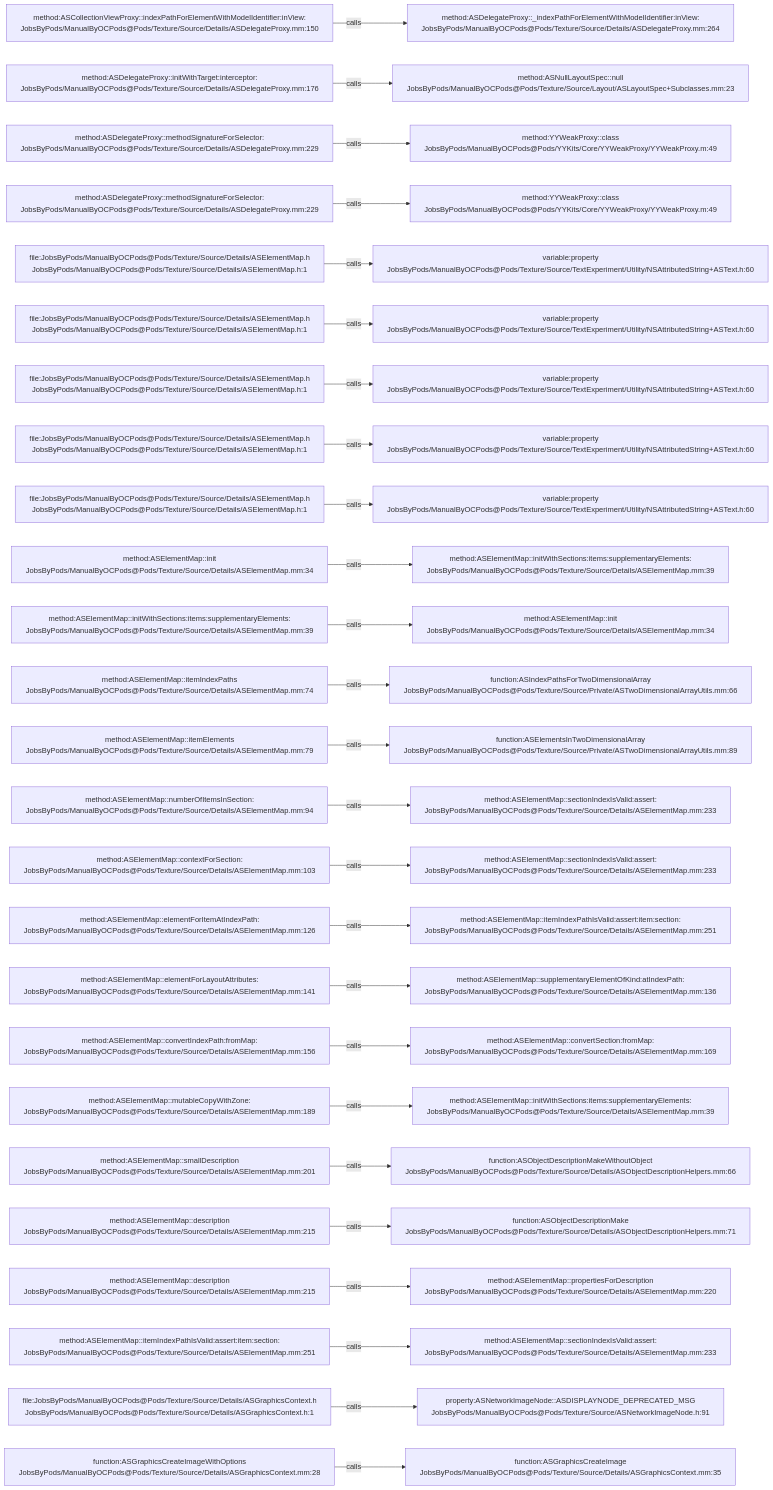
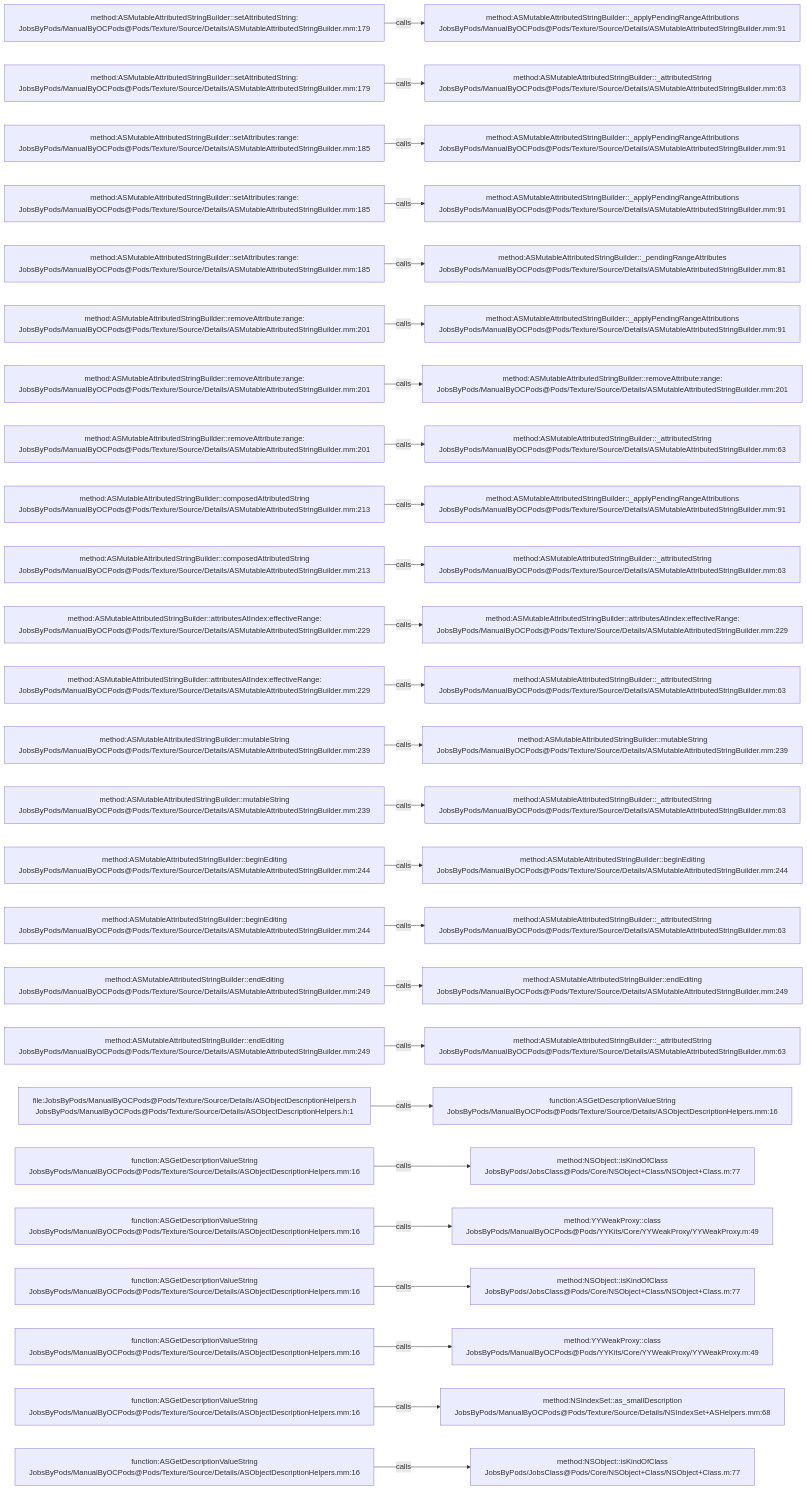
One commit to JobsKits/JobsOCBaseConfigDemo changed the diagram in .codegraph/codegraph.md/graphs/calls-158.md. Above: the diagram before and after it, drawn with Mermaid. The commit also changed 1353 other files, not shown here.

````diff
--- a/.codegraph/codegraph.md/graphs/calls-158.md
+++ b/.codegraph/codegraph.md/graphs/calls-158.md
@@ -13,78 +13,78 @@
 ```mermaid
 flowchart LR
-  S1["method:ASCollectionViewProxy::indexPathForElementWithModelIdentifier:inView:<br/>JobsByPods/ManualByOCPods@Pods/Texture/Source/Details/ASDelegateProxy.mm:150"]
-  T1["method:ASDelegateProxy::_indexPathForElementWithModelIdentifier:inView:<br/>JobsByPods/ManualByOCPods@Pods/Texture/Source/Details/ASDelegateProxy.mm:264"]
+  S1["method:ASMutableAttributedStringBuilder::setAttributedString:<br/>JobsByPods/ManualByOCPods@Pods/Texture/Source/Details/ASMutableAttributedStringBuilder.mm:179"]
+  T1["method:ASMutableAttributedStringBuilder::_applyPendingRangeAttributions<br/>JobsByPods/ManualByOCPods@Pods/Texture/Source/Details/ASMutableAttributedStringBuilder.mm:91"]
   S1 -->|calls| T1
-  S2["method:ASDelegateProxy::initWithTarget:interceptor:<br/>JobsByPods/ManualByOCPods@Pods/Texture/Source/Details/ASDelegateProxy.mm:176"]
-  T2["method:ASNullLayoutSpec::null<br/>JobsByPods/ManualByOCPods@Pods/Texture/Source/Layout/ASLayoutSpec+Subclasses.mm:23"]
+  S2["method:ASMutableAttributedStringBuilder::setAttributedString:<br/>JobsByPods/ManualByOCPods@Pods/Texture/Source/Details/ASMutableAttributedStringBuilder.mm:179"]
+  T2["method:ASMutableAttributedStringBuilder::_attributedString<br/>JobsByPods/ManualByOCPods@Pods/Texture/Source/Details/ASMutableAttributedStringBuilder.mm:63"]
   S2 -->|calls| T2
-  S3["method:ASDelegateProxy::methodSignatureForSelector:<br/>JobsByPods/ManualByOCPods@Pods/Texture/Source/Details/ASDelegateProxy.mm:229"]
-  T3["method:YYWeakProxy::class<br/>JobsByPods/ManualByOCPods@Pods/YYKits/Core/YYWeakProxy/YYWeakProxy.m:49"]
+  S3["method:ASMutableAttributedStringBuilder::setAttributes:range:<br/>JobsByPods/ManualByOCPods@Pods/Texture/Source/Details/ASMutableAttributedStringBuilder.mm:185"]
+  T3["method:ASMutableAttributedStringBuilder::_applyPendingRangeAttributions<br/>JobsByPods/ManualByOCPods@Pods/Texture/Source/Details/ASMutableAttributedStringBuilder.mm:91"]
   S3 -->|calls| T3
-  S4["method:ASDelegateProxy::methodSignatureForSelector:<br/>JobsByPods/ManualByOCPods@Pods/Texture/Source/Details/ASDelegateProxy.mm:229"]
-  T4["method:YYWeakProxy::class<br/>JobsByPods/ManualByOCPods@Pods/YYKits/Core/YYWeakProxy/YYWeakProxy.m:49"]
+  S4["method:ASMutableAttributedStringBuilder::setAttributes:range:<br/>JobsByPods/ManualByOCPods@Pods/Texture/Source/Details/ASMutableAttributedStringBuilder.mm:185"]
+  T4["method:ASMutableAttributedStringBuilder::_applyPendingRangeAttributions<br/>JobsByPods/ManualByOCPods@Pods/Texture/Source/Details/ASMutableAttributedStringBuilder.mm:91"]
   S4 -->|calls| T4
-  S5["file:JobsByPods/ManualByOCPods@Pods/Texture/Source/Details/ASElementMap.h<br/>JobsByPods/ManualByOCPods@Pods/Texture/Source/Details/ASElementMap.h:1"]
-  T5["variable:property<br/>JobsByPods/ManualByOCPods@Pods/Texture/Source/TextExperiment/Utility/NSAttributedString+ASText.h:60"]
+  S5["method:ASMutableAttributedStringBuilder::setAttributes:range:<br/>JobsByPods/ManualByOCPods@Pods/Texture/Source/Details/ASMutableAttributedStringBuilder.mm:185"]
+  T5["method:ASMutableAttributedStringBuilder::_pendingRangeAttributes<br/>JobsByPods/ManualByOCPods@Pods/Texture/Source/Details/ASMutableAttributedStringBuilder.mm:81"]
   S5 -->|calls| T5
-  S6["file:JobsByPods/ManualByOCPods@Pods/Texture/Source/Details/ASElementMap.h<br/>JobsByPods/ManualByOCPods@Pods/Texture/Source/Details/ASElementMap.h:1"]
-  T6["variable:property<br/>JobsByPods/ManualByOCPods@Pods/Texture/Source/TextExperiment/Utility/NSAttributedString+ASText.h:60"]
+  S6["method:ASMutableAttributedStringBuilder::removeAttribute:range:<br/>JobsByPods/ManualByOCPods@Pods/Texture/Source/Details/ASMutableAttributedStringBuilder.mm:201"]
+  T6["method:ASMutableAttributedStringBuilder::_applyPendingRangeAttributions<br/>JobsByPods/ManualByOCPods@Pods/Texture/Source/Details/ASMutableAttributedStringBuilder.mm:91"]
   S6 -->|calls| T6
-  S7["file:JobsByPods/ManualByOCPods@Pods/Texture/Source/Details/ASElementMap.h<br/>JobsByPods/ManualByOCPods@Pods/Texture/Source/Details/ASElementMap.h:1"]
-  T7["variable:property<br/>JobsByPods/ManualByOCPods@Pods/Texture/Source/TextExperiment/Utility/NSAttributedString+ASText.h:60"]
+  S7["method:ASMutableAttributedStringBuilder::removeAttribute:range:<br/>JobsByPods/ManualByOCPods@Pods/Texture/Source/Details/ASMutableAttributedStringBuilder.mm:201"]
+  T7["method:ASMutableAttributedStringBuilder::removeAttribute:range:<br/>JobsByPods/ManualByOCPods@Pods/Texture/Source/Details/ASMutableAttributedStringBuilder.mm:201"]
   S7 -->|calls| T7
-  S8["file:JobsByPods/ManualByOCPods@Pods/Texture/Source/Details/ASElementMap.h<br/>JobsByPods/ManualByOCPods@Pods/Texture/Source/Details/ASElementMap.h:1"]
-  T8["variable:property<br/>JobsByPods/ManualByOCPods@Pods/Texture/Source/TextExperiment/Utility/NSAttributedString+ASText.h:60"]
+  S8["method:ASMutableAttributedStringBuilder::removeAttribute:range:<br/>JobsByPods/ManualByOCPods@Pods/Texture/Source/Details/ASMutableAttributedStringBuilder.mm:201"]
+  T8["method:ASMutableAttributedStringBuilder::_attributedString<br/>JobsByPods/ManualByOCPods@Pods/Texture/Source/Details/ASMutableAttributedStringBuilder.mm:63"]
   S8 -->|calls| T8
-  S9["file:JobsByPods/ManualByOCPods@Pods/Texture/Source/Details/ASElementMap.h<br/>JobsByPods/ManualByOCPods@Pods/Texture/Source/Details/ASElementMap.h:1"]
-  T9["variable:property<br/>JobsByPods/ManualByOCPods@Pods/Texture/Source/TextExperiment/Utility/NSAttributedString+ASText.h:60"]
+  S9["method:ASMutableAttributedStringBuilder::composedAttributedString<br/>JobsByPods/ManualByOCPods@Pods/Texture/Source/Details/ASMutableAttributedStringBuilder.mm:213"]
+  T9["method:ASMutableAttributedStringBuilder::_applyPendingRangeAttributions<br/>JobsByPods/ManualByOCPods@Pods/Texture/Source/Details/ASMutableAttributedStringBuilder.mm:91"]
   S9 -->|calls| T9
-  S10["method:ASElementMap::init<br/>JobsByPods/ManualByOCPods@Pods/Texture/Source/Details/ASElementMap.mm:34"]
-  T10["method:ASElementMap::initWithSections:items:supplementaryElements:<br/>JobsByPods/ManualByOCPods@Pods/Texture/Source/Details/ASElementMap.mm:39"]
+  S10["method:ASMutableAttributedStringBuilder::composedAttributedString<br/>JobsByPods/ManualByOCPods@Pods/Texture/Source/Details/ASMutableAttributedStringBuilder.mm:213"]
+  T10["method:ASMutableAttributedStringBuilder::_attributedString<br/>JobsByPods/ManualByOCPods@Pods/Texture/Source/Details/ASMutableAttributedStringBuilder.mm:63"]
   S10 -->|calls| T10
-  S11["method:ASElementMap::initWithSections:items:supplementaryElements:<br/>JobsByPods/ManualByOCPods@Pods/Texture/Source/Details/ASElementMap.mm:39"]
-  T11["method:ASElementMap::init<br/>JobsByPods/ManualByOCPods@Pods/Texture/Source/Details/ASElementMap.mm:34"]
+  S11["method:ASMutableAttributedStringBuilder::attributesAtIndex:effectiveRange:<br/>JobsByPods/ManualByOCPods@Pods/Texture/Source/Details/ASMutableAttributedStringBuilder.mm:229"]
+  T11["method:ASMutableAttributedStringBuilder::attributesAtIndex:effectiveRange:<br/>JobsByPods/ManualByOCPods@Pods/Texture/Source/Details/ASMutableAttributedStringBuilder.mm:229"]
   S11 -->|calls| T11
-  S12["method:ASElementMap::itemIndexPaths<br/>JobsByPods/ManualByOCPods@Pods/Texture/Source/Details/ASElementMap.mm:74"]
-  T12["function:ASIndexPathsForTwoDimensionalArray<br/>JobsByPods/ManualByOCPods@Pods/Texture/Source/Private/ASTwoDimensionalArrayUtils.mm:66"]
+  S12["method:ASMutableAttributedStringBuilder::attributesAtIndex:effectiveRange:<br/>JobsByPods/ManualByOCPods@Pods/Texture/Source/Details/ASMutableAttributedStringBuilder.mm:229"]
+  T12["method:ASMutableAttributedStringBuilder::_attributedString<br/>JobsByPods/ManualByOCPods@Pods/Texture/Source/Details/ASMutableAttributedStringBuilder.mm:63"]
   S12 -->|calls| T12
-  S13["method:ASElementMap::itemElements<br/>JobsByPods/ManualByOCPods@Pods/Texture/Source/Details/ASElementMap.mm:79"]
-  T13["function:ASElementsInTwoDimensionalArray<br/>JobsByPods/ManualByOCPods@Pods/Texture/Source/Private/ASTwoDimensionalArrayUtils.mm:89"]
+  S13["method:ASMutableAttributedStringBuilder::mutableString<br/>JobsByPods/ManualByOCPods@Pods/Texture/Source/Details/ASMutableAttributedStringBuilder.mm:239"]
+  T13["method:ASMutableAttributedStringBuilder::mutableString<br/>JobsByPods/ManualByOCPods@Pods/Texture/Source/Details/ASMutableAttributedStringBuilder.mm:239"]
   S13 -->|calls| T13
-  S14["method:ASElementMap::numberOfItemsInSection:<br/>JobsByPods/ManualByOCPods@Pods/Texture/Source/Details/ASElementMap.mm:94"]
-  T14["method:ASElementMap::sectionIndexIsValid:assert:<br/>JobsByPods/ManualByOCPods@Pods/Texture/Source/Details/ASElementMap.mm:233"]
+  S14["method:ASMutableAttributedStringBuilder::mutableString<br/>JobsByPods/ManualByOCPods@Pods/Texture/Source/Details/ASMutableAttributedStringBuilder.mm:239"]
+  T14["method:ASMutableAttributedStringBuilder::_attributedString<br/>JobsByPods/ManualByOCPods@Pods/Texture/Source/Details/ASMutableAttributedStringBuilder.mm:63"]
   S14 -->|calls| T14
-  S15["method:ASElementMap::contextForSection:<br/>JobsByPods/ManualByOCPods@Pods/Texture/Source/Details/ASElementMap.mm:103"]
-  T15["method:ASElementMap::sectionIndexIsValid:assert:<br/>JobsByPods/ManualByOCPods@Pods/Texture/Source/Details/ASElementMap.mm:233"]
+  S15["method:ASMutableAttributedStringBuilder::beginEditing<br/>JobsByPods/ManualByOCPods@Pods/Texture/Source/Details/ASMutableAttributedStringBuilder.mm:244"]
+  T15["method:ASMutableAttributedStringBuilder::beginEditing<br/>JobsByPods/ManualByOCPods@Pods/Texture/Source/Details/ASMutableAttributedStringBuilder.mm:244"]
   S15 -->|calls| T15
-  S16["method:ASElementMap::elementForItemAtIndexPath:<br/>JobsByPods/ManualByOCPods@Pods/Texture/Source/Details/ASElementMap.mm:126"]
-  T16["method:ASElementMap::itemIndexPathIsValid:assert:item:section:<br/>JobsByPods/ManualByOCPods@Pods/Texture/Source/Details/ASElementMap.mm:251"]
+  S16["method:ASMutableAttributedStringBuilder::beginEditing<br/>JobsByPods/ManualByOCPods@Pods/Texture/Source/Details/ASMutableAttributedStringBuilder.mm:244"]
+  T16["method:ASMutableAttributedStringBuilder::_attributedString<br/>JobsByPods/ManualByOCPods@Pods/Texture/Source/Details/ASMutableAttributedStringBuilder.mm:63"]
   S16 -->|calls| T16
-  S17["method:ASElementMap::elementForLayoutAttributes:<br/>JobsByPods/ManualByOCPods@Pods/Texture/Source/Details/ASElementMap.mm:141"]
-  T17["method:ASElementMap::supplementaryElementOfKind:atIndexPath:<br/>JobsByPods/ManualByOCPods@Pods/Texture/Source/Details/ASElementMap.mm:136"]
+  S17["method:ASMutableAttributedStringBuilder::endEditing<br/>JobsByPods/ManualByOCPods@Pods/Texture/Source/Details/ASMutableAttributedStringBuilder.mm:249"]
+  T17["method:ASMutableAttributedStringBuilder::endEditing<br/>JobsByPods/ManualByOCPods@Pods/Texture/Source/Details/ASMutableAttributedStringBuilder.mm:249"]
   S17 -->|calls| T17
-  S18["method:ASElementMap::convertIndexPath:fromMap:<br/>JobsByPods/ManualByOCPods@Pods/Texture/Source/Details/ASElementMap.mm:156"]
-  T18["method:ASElementMap::convertSection:fromMap:<br/>JobsByPods/ManualByOCPods@Pods/Texture/Source/Details/ASElementMap.mm:169"]
+  S18["method:ASMutableAttributedStringBuilder::endEditing<br/>JobsByPods/ManualByOCPods@Pods/Texture/Source/Details/ASMutableAttributedStringBuilder.mm:249"]
+  T18["method:ASMutableAttributedStringBuilder::_attributedString<br/>JobsByPods/ManualByOCPods@Pods/Texture/Source/Details/ASMutableAttributedStringBuilder.mm:63"]
   S18 -->|calls| T18
-  S19["method:ASElementMap::mutableCopyWithZone:<br/>JobsByPods/ManualByOCPods@Pods/Texture/Source/Details/ASElementMap.mm:189"]
-  T19["method:ASElementMap::initWithSections:items:supplementaryElements:<br/>JobsByPods/ManualByOCPods@Pods/Texture/Source/Details/ASElementMap.mm:39"]
+  S19["file:JobsByPods/ManualByOCPods@Pods/Texture/Source/Details/ASObjectDescriptionHelpers.h<br/>JobsByPods/ManualByOCPods@Pods/Texture/Source/Details/ASObjectDescriptionHelpers.h:1"]
+  T19["function:ASGetDescriptionValueString<br/>JobsByPods/ManualByOCPods@Pods/Texture/Source/Details/ASObjectDescriptionHelpers.mm:16"]
   S19 -->|calls| T19
-  S20["method:ASElementMap::smallDescription<br/>JobsByPods/ManualByOCPods@Pods/Texture/Source/Details/ASElementMap.mm:201"]
-  T20["function:ASObjectDescriptionMakeWithoutObject<br/>JobsByPods/ManualByOCPods@Pods/Texture/Source/Details/ASObjectDescriptionHelpers.mm:66"]
+  S20["function:ASGetDescriptionValueString<br/>JobsByPods/ManualByOCPods@Pods/Texture/Source/Details/ASObjectDescriptionHelpers.mm:16"]
+  T20["method:NSObject::isKindOfClass<br/>JobsByPods/JobsClass@Pods/Core/NSObject+Class/NSObject+Class.m:77"]
   S20 -->|calls| T20
-  S21["method:ASElementMap::description<br/>JobsByPods/ManualByOCPods@Pods/Texture/Source/Details/ASElementMap.mm:215"]
-  T21["function:ASObjectDescriptionMake<br/>JobsByPods/ManualByOCPods@Pods/Texture/Source/Details/ASObjectDescriptionHelpers.mm:71"]
+  S21["function:ASGetDescriptionValueString<br/>JobsByPods/ManualByOCPods@Pods/Texture/Source/Details/ASObjectDescriptionHelpers.mm:16"]
+  T21["method:YYWeakProxy::class<br/>JobsByPods/ManualByOCPods@Pods/YYKits/Core/YYWeakProxy/YYWeakProxy.m:49"]
   S21 -->|calls| T21
-  S22["method:ASElementMap::description<br/>JobsByPods/ManualByOCPods@Pods/Texture/Source/Details/ASElementMap.mm:215"]
-  T22["method:ASElementMap::propertiesForDescription<br/>JobsByPods/ManualByOCPods@Pods/Texture/Source/Details/ASElementMap.mm:220"]
+  S22["function:ASGetDescriptionValueString<br/>JobsByPods/ManualByOCPods@Pods/Texture/Source/Details/ASObjectDescriptionHelpers.mm:16"]
+  T22["method:NSObject::isKindOfClass<br/>JobsByPods/JobsClass@Pods/Core/NSObject+Class/NSObject+Class.m:77"]
   S22 -->|calls| T22
-  S23["method:ASElementMap::itemIndexPathIsValid:assert:item:section:<br/>JobsByPods/ManualByOCPods@Pods/Texture/Source/Details/ASElementMap.mm:251"]
-  T23["method:ASElementMap::sectionIndexIsValid:assert:<br/>JobsByPods/ManualByOCPods@Pods/Texture/Source/Details/ASElementMap.mm:233"]
+  S23["function:ASGetDescriptionValueString<br/>JobsByPods/ManualByOCPods@Pods/Texture/Source/Details/ASObjectDescriptionHelpers.mm:16"]
+  T23["method:YYWeakProxy::class<br/>JobsByPods/ManualByOCPods@Pods/YYKits/Core/YYWeakProxy/YYWeakProxy.m:49"]
   S23 -->|calls| T23
-  S24["file:JobsByPods/ManualByOCPods@Pods/Texture/Source/Details/ASGraphicsContext.h<br/>JobsByPods/ManualByOCPods@Pods/Texture/Source/Details/ASGraphicsContext.h:1"]
-  T24["property:ASNetworkImageNode::ASDISPLAYNODE_DEPRECATED_MSG<br/>JobsByPods/ManualByOCPods@Pods/Texture/Source/ASNetworkImageNode.h:91"]
+  S24["function:ASGetDescriptionValueString<br/>JobsByPods/ManualByOCPods@Pods/Texture/Source/Details/ASObjectDescriptionHelpers.mm:16"]
+  T24["method:NSIndexSet::as_smallDescription<br/>JobsByPods/ManualByOCPods@Pods/Texture/Source/Details/NSIndexSet+ASHelpers.mm:68"]
   S24 -->|calls| T24
-  S25["function:ASGraphicsCreateImageWithOptions<br/>JobsByPods/ManualByOCPods@Pods/Texture/Source/Details/ASGraphicsContext.mm:28"]
-  T25["function:ASGraphicsCreateImage<br/>JobsByPods/ManualByOCPods@Pods/Texture/Source/Details/ASGraphicsContext.mm:35"]
+  S25["function:ASGetDescriptionValueString<br/>JobsByPods/ManualByOCPods@Pods/Texture/Source/Details/ASObjectDescriptionHelpers.mm:16"]
+  T25["method:NSObject::isKindOfClass<br/>JobsByPods/JobsClass@Pods/Core/NSObject+Class/NSObject+Class.m:77"]
   S25 -->|calls| T25
 ```
````
